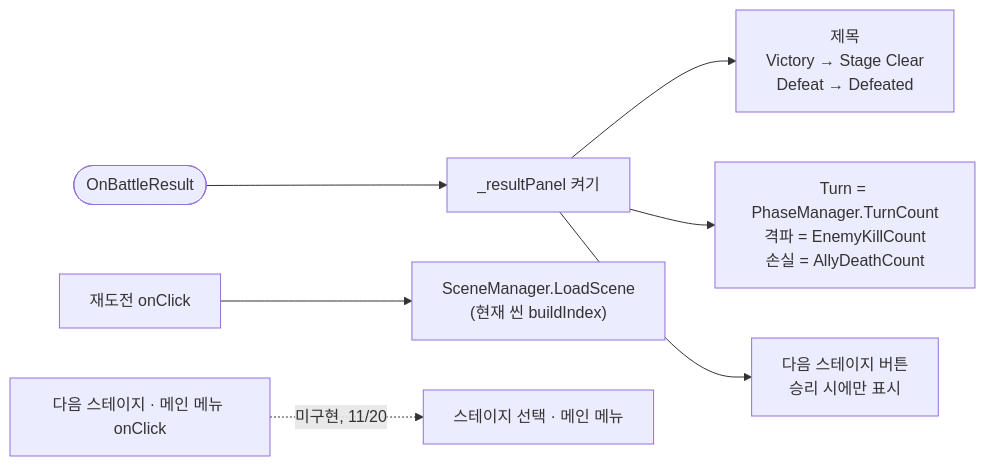
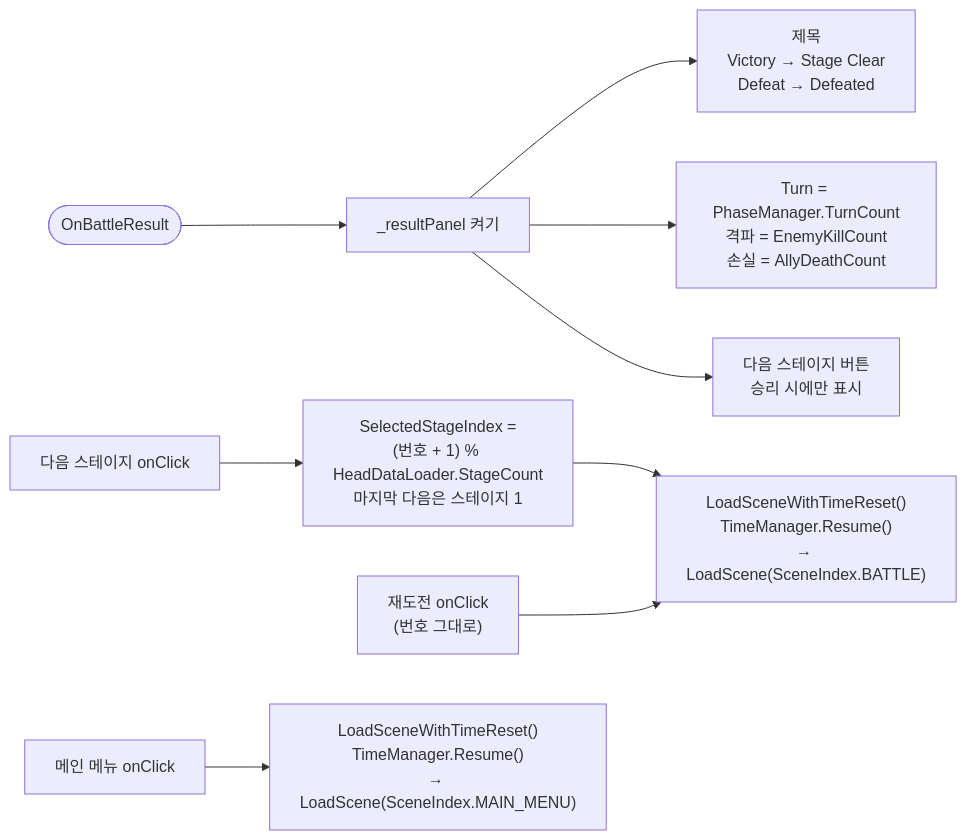
Diagram 25 of 33 in Docs/ImplementDocs/Diagram.md (jayy5288sk/PersonalProject), drawn with Mermaid before and after one commit. The commit also changed other lines of this file and 1 other file, not shown here.

Commit message:
[Docs] 기술 문서 및 다이어그램 작성

````diff
--- a/Docs/ImplementDocs/Diagram.md
+++ b/Docs/ImplementDocs/Diagram.md
@@ -483,9 +528,11 @@
 ```mermaid
 flowchart LR
     R(["OnBattleResult"]) --> On["_resultPanel 켜기"]
     On --> Title["제목<br/>Victory → Stage Clear<br/>Defeat → Defeated"]
     On --> Stat["Turn = PhaseManager.TurnCount<br/>격파 = EnemyKillCount<br/>손실 = AllyDeathCount"]
     On --> Next["다음 스테이지 버튼<br/>승리 시에만 표시"]
-    Retry["재도전 onClick"] --> Load["SceneManager.LoadScene<br/>(현재 씬 buildIndex)"]
-    Menu["다음 스테이지 · 메인 메뉴 onClick"] -.->|미구현, 11/20| Later["스테이지 선택 · 메인 메뉴"]
+    NextBtn["다음 스테이지 onClick"] --> Idx["SelectedStageIndex =<br/>(번호 + 1) % HeadDataLoader.StageCount<br/>마지막 다음은 스테이지 1"]
+    Idx --> Load
+    Retry["재도전 onClick<br/>(번호 그대로)"] --> Load["LoadSceneWithTimeReset()<br/>TimeManager.Resume()<br/>→ LoadScene(SceneIndex.BATTLE)"]
+    Menu["메인 메뉴 onClick"] --> LoadM["LoadSceneWithTimeReset()<br/>TimeManager.Resume()<br/>→ LoadScene(SceneIndex.MAIN_MENU)"]
 ```
````
